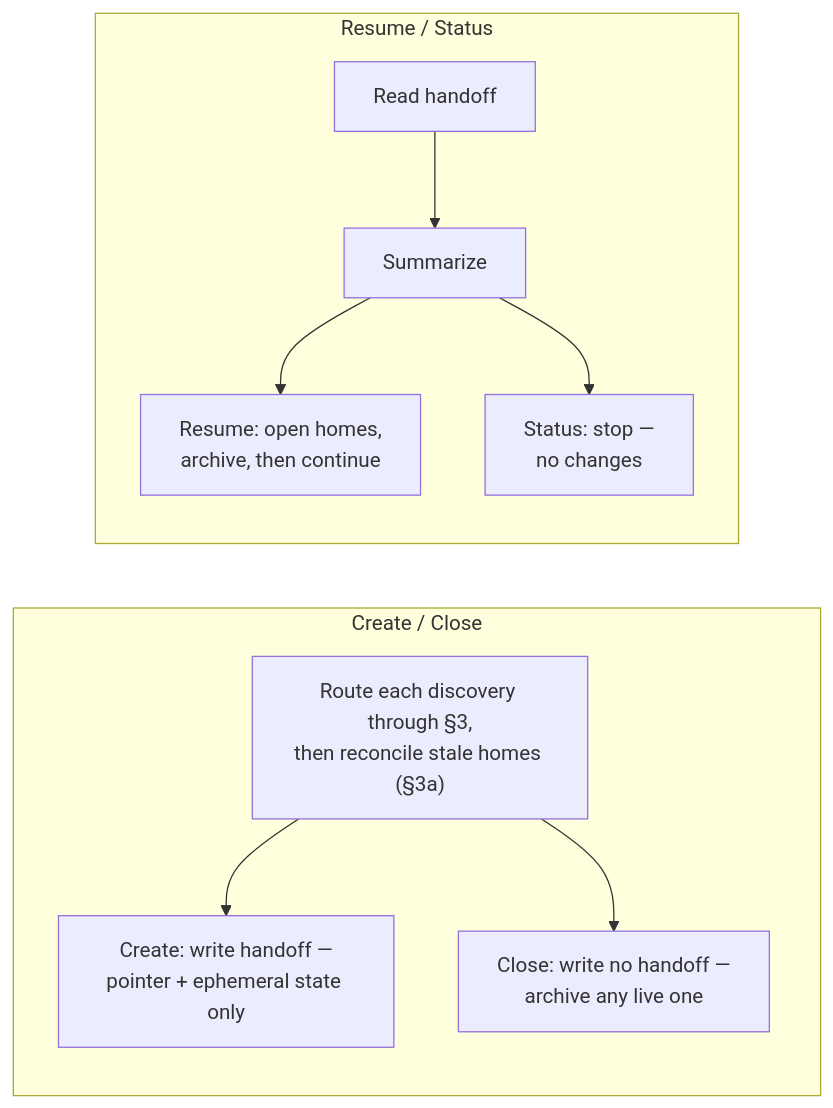
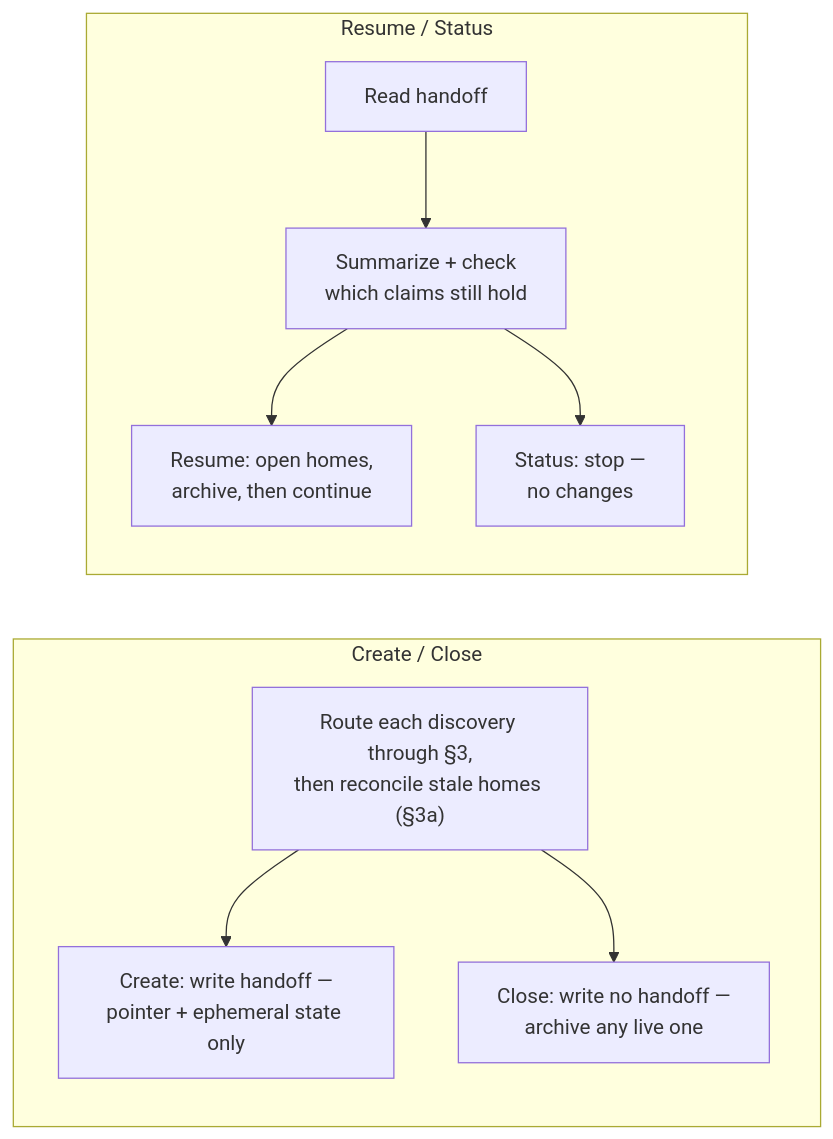
The second of 2 diagrams in README.md (uchimata2/handoff-skill), drawn with Mermaid before and after one commit. The commit also changed 3 other files, not shown here.

First line of the commit message:
feat: resume checks which of the handoff's claims still hold before acting (#88)

````diff
--- a/README.md
+++ b/README.md
@@ -116,14 +116,14 @@
 ```mermaid
 flowchart LR
   subgraph "Create / Close"
     direction TB
     c1["Route each discovery through §3,<br/>then reconcile stale homes (§3a)"] --> c2["Create: write handoff —<br/>pointer + ephemeral state only"]
     c1 --> c3["Close: write no handoff —<br/>archive any live one"]
   end
   subgraph "Resume / Status"
     direction TB
-    r1["Read handoff"] --> r2["Summarize"]
+    r1["Read handoff"] --> r2["Summarize + check<br/>which claims still hold"]
     r2 --> r3["Resume: open homes,<br/>archive, then continue"]
     r2 --> r4["Status: stop —<br/>no changes"]
   end
 ```
````
